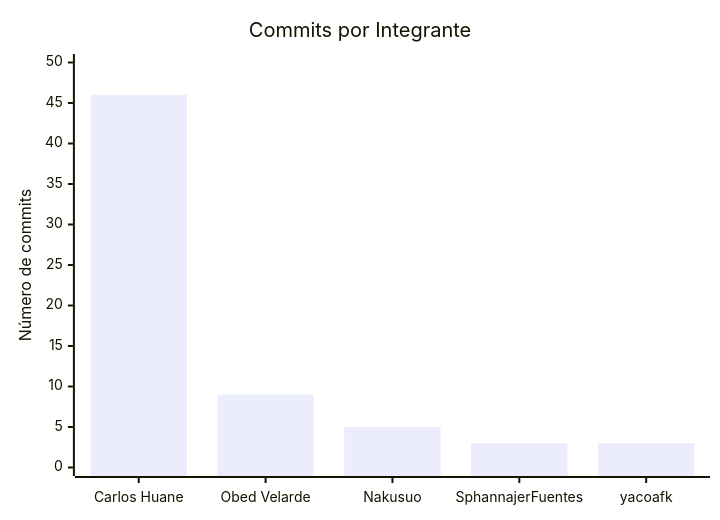
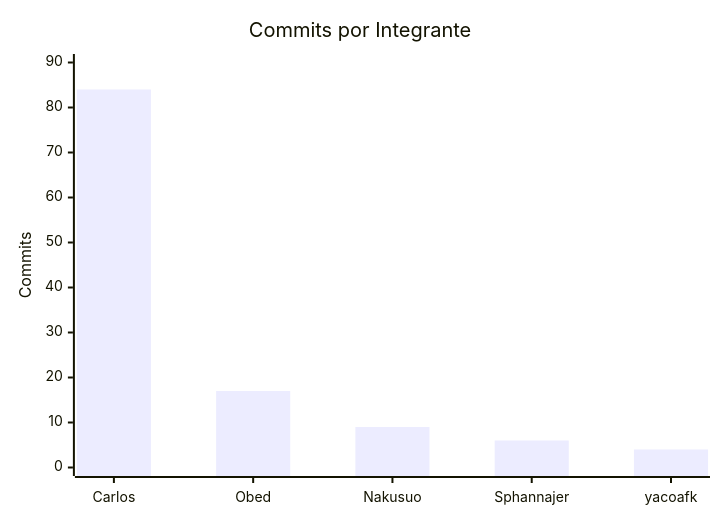
Before and after one commit to Carlos-Huane/SplitSnap-FrontEnd: the second of 4 diagrams in README.md, drawn with Mermaid. The commit also changed other lines of this file, not shown here.

````diff
--- a/README.md
+++ b/README.md
@@ -76,7 +89,7 @@
 ```mermaid
 xychart-beta
     title "Commits por Integrante"
-    x-axis ["Carlos Huane", "Obed Velarde", "Nakusuo", "SphannajerFuentes", "yacoafk"]
-    y-axis "Número de commits" 0 --> 50
-    bar [46, 9, 5, 3, 3]
+    x-axis ["Carlos", "Obed", "Nakusuo", "Sphannajer", "yacoafk"]
+    y-axis "Commits" 0 --> 90
+    bar [84, 17, 9, 6, 4]
 ```
````
